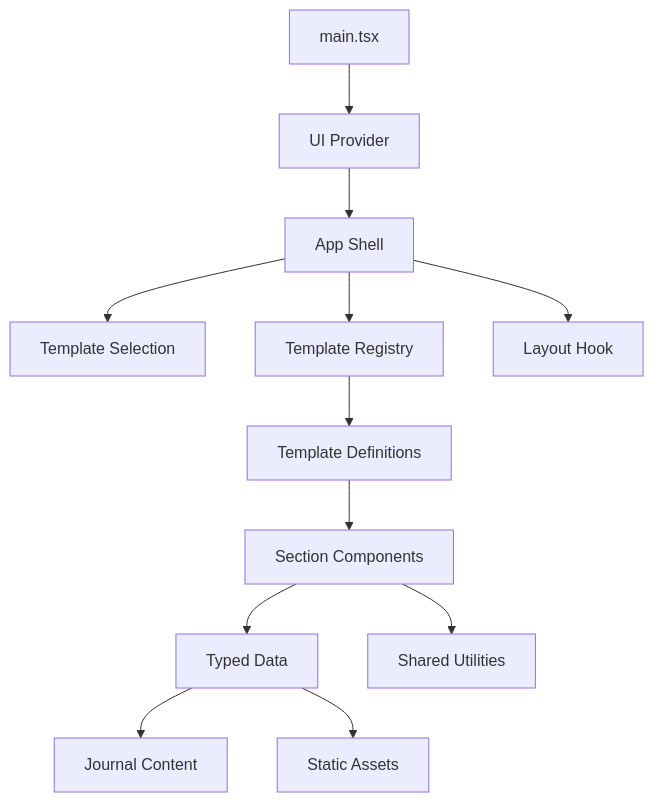
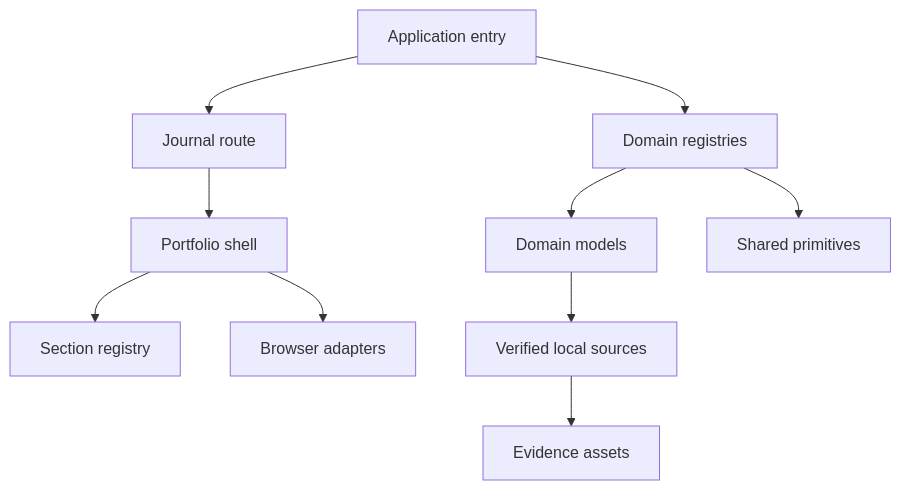
One commit to TranGiaMinhTam/TranGiaMinhTam.github.io changed the diagram in aidlc-docs/inception/reverse-engineering/dependencies.md. Above: the diagram before and after it, drawn with Mermaid. The commit also changed other lines of this file and 955 other files, not shown here.

````diff
--- a/aidlc-docs/inception/reverse-engineering/dependencies.md
+++ b/aidlc-docs/inception/reverse-engineering/dependencies.md
@@ -5,27 +5,12 @@
 ```mermaid
 flowchart TD
-    Main["main.tsx"]
-    Provider["UI Provider"]
-    App["App Shell"]
-    Selection["Template Selection"]
-    Registry["Template Registry"]
-    Templates["Template Definitions"]
-    Components["Section Components"]
-    Hooks["Layout Hook"]
-    Data["Typed Data"]
-    Utils["Shared Utilities"]
-    Content["Journal Content"]
-    Assets["Static Assets"]
-
-    Main --> Provider
-    Provider --> App
-    App --> Selection
-    App --> Registry
-    App --> Hooks
-    Registry --> Templates
-    Templates --> Components
-    Components --> Data
-    Components --> Utils
-    Data --> Content
-    Data --> Assets
+    App["Application entry"] --> Route["Journal route"]
+    App --> Registries["Domain registries"]
+    Route --> Shell["Portfolio shell"]
+    Registries --> Models["Domain models"]
+    Registries --> Shared["Shared primitives"]
+    Shell --> Registry["Section registry"]
+    Shell --> Browser["Browser adapters"]
+    Models --> Sources["Verified local sources"]
+    Sources --> Assets["Evidence assets"]
 ```
````
